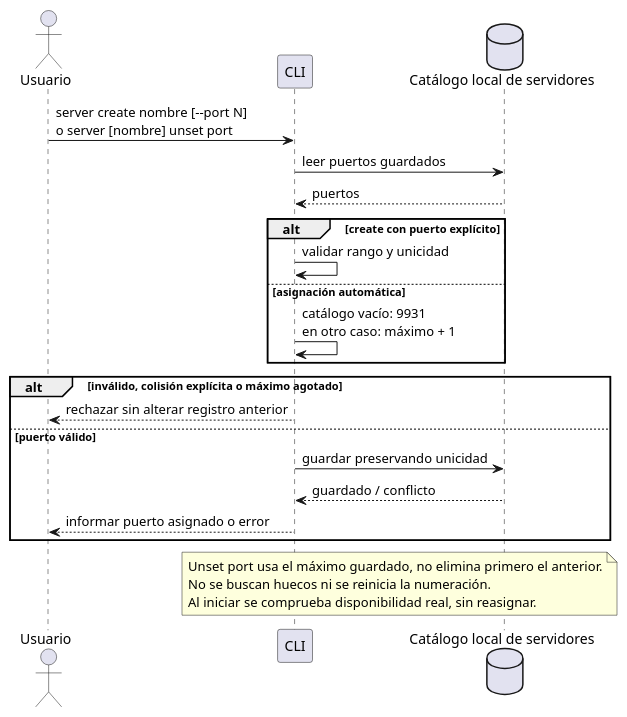
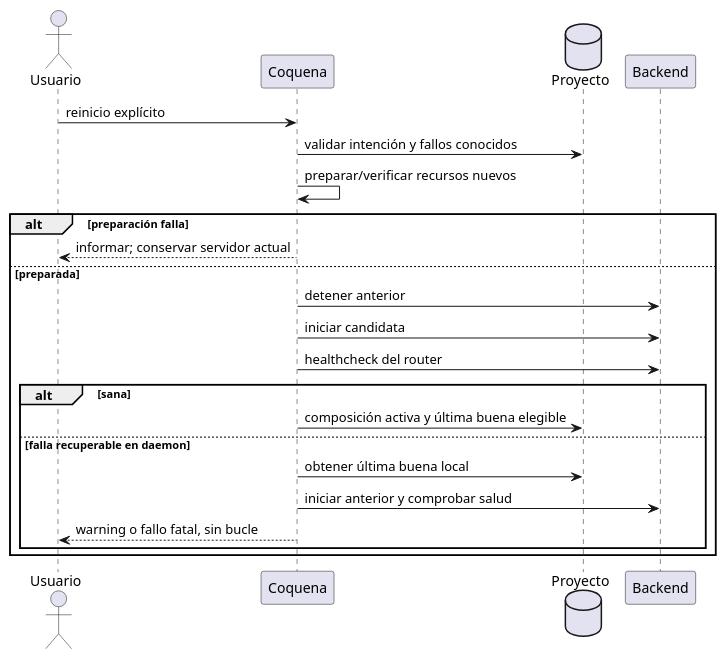
The fourth of 5 diagrams in docs/secuencias.md (mstranich/coquena), drawn with PlantUML before and after one commit. The commit also changed other lines of this file and 60 other files, not shown here.

````diff
--- a/docs/secuencias.md
+++ b/docs/secuencias.md
@@ -748,27 +133,25 @@
 ```plantuml
 @startuml
 actor Usuario
-participant CLI
-database "Catálogo local de servidores" as C
-Usuario -> CLI : server create nombre [--port N]\no server [nombre] unset port
-CLI -> C : leer puertos guardados
-C --> CLI : puertos
-alt create con puerto explícito
-  CLI -> CLI : validar rango y unicidad
-else asignación automática
-  CLI -> CLI : catálogo vacío: 9931\nen otro caso: máximo + 1
+participant Coquena
+database Proyecto
+participant Backend
+Usuario -> Coquena : reinicio explícito
+Coquena -> Proyecto : validar intención y fallos conocidos
+Coquena -> Coquena : preparar/verificar recursos nuevos
+alt preparación falla
+Coquena --> Usuario : informar; conservar servidor actual
+else preparada
+Coquena -> Backend : detener anterior
+Coquena -> Backend : iniciar candidata
+Coquena -> Backend : healthcheck del router
+alt sana
+Coquena -> Proyecto : composición activa y última buena elegible
+else falla recuperable en daemon
+Coquena -> Proyecto : obtener última buena local
+Coquena -> Backend : iniciar anterior y comprobar salud
+Coquena --> Usuario : warning o fallo fatal, sin bucle
 end
-alt inválido, colisión explícita o máximo agotado
-  CLI --> Usuario : rechazar sin alterar registro anterior
-else puerto válido
-  CLI -> C : guardar preservando unicidad
-  C --> CLI : guardado / conflicto
-  CLI --> Usuario : informar puerto asignado o error
 end
-note over CLI,C
-  Unset port usa el máximo guardado, no elimina primero el anterior.
-  No se buscan huecos ni se reinicia la numeración.
-  Al iniciar se comprueba disponibilidad real, sin reasignar.
-end note
 @enduml
 ```
````
